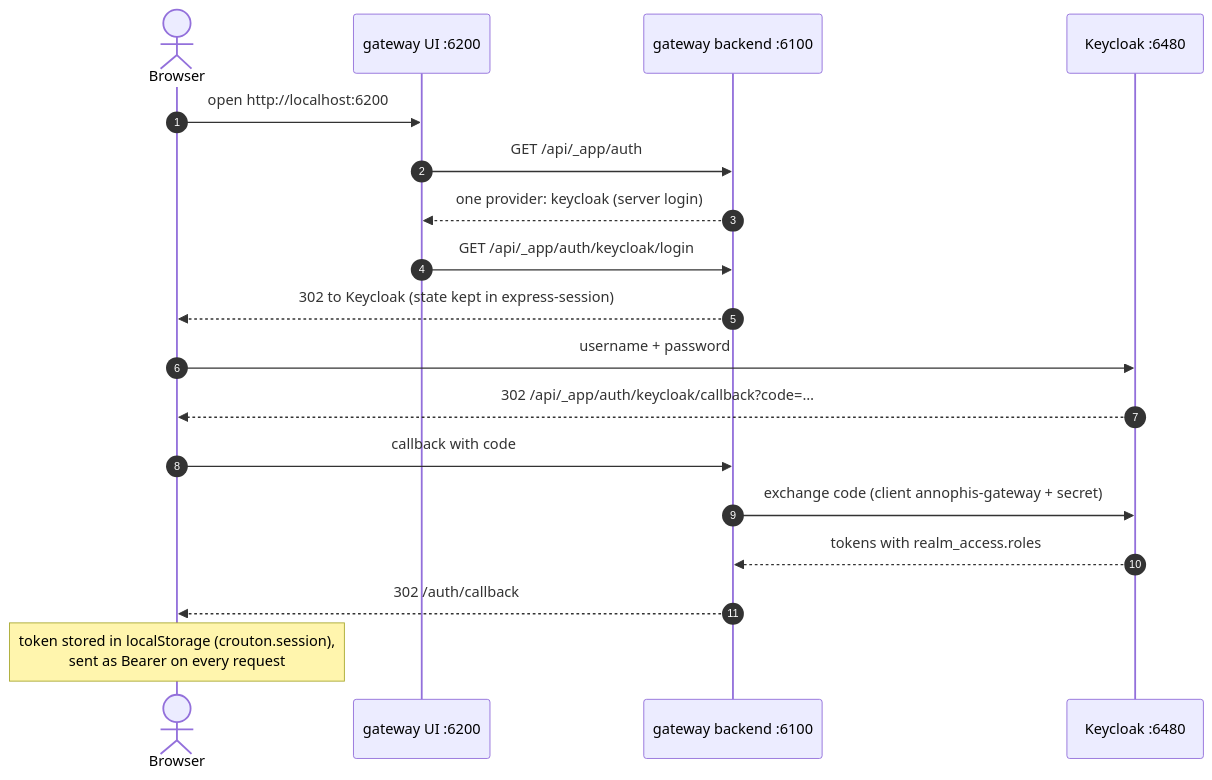
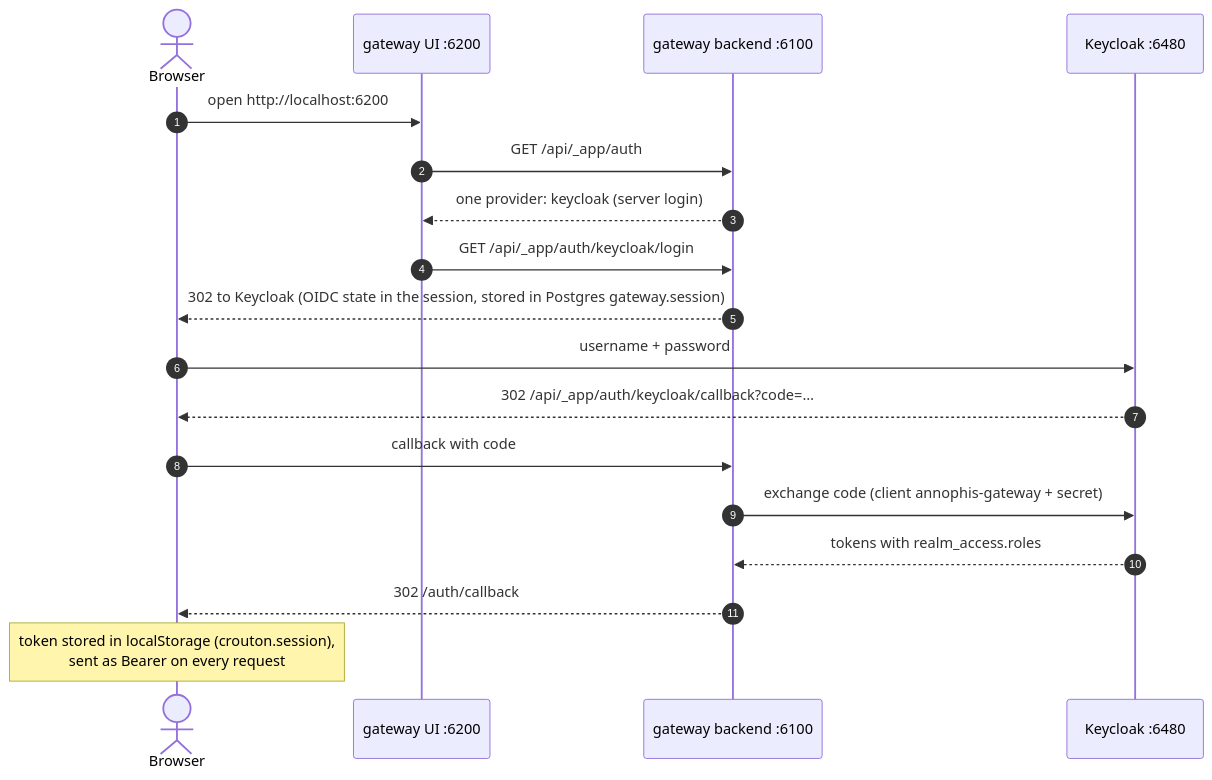
One commit to GhentCDH/annophis changed the second of 4 diagrams in docs/admin-gateway.md. Above: the diagram before and after it, drawn with Mermaid. The commit also changed 17 other files, not shown here.

First line of the commit message:
feat(dev): lighter dev containers, shared Postgres session store (#18)

````diff
--- a/docs/admin-gateway.md
+++ b/docs/admin-gateway.md
@@ -34,21 +34,21 @@
 ```mermaid
 sequenceDiagram
   autonumber
   actor U as Browser
   participant UI as gateway UI :6200
   participant GW as gateway backend :6100
   participant KC as Keycloak :6480
 
   U->>UI: open http://localhost:6200
   UI->>GW: GET /api/_app/auth
   GW-->>UI: one provider: keycloak (server login)
   UI->>GW: GET /api/_app/auth/keycloak/login
-  GW-->>U: 302 to Keycloak (state kept in express-session)
+  GW-->>U: 302 to Keycloak (OIDC state in the session, stored in Postgres gateway.session)
   U->>KC: username + password
   KC-->>U: 302 /api/_app/auth/keycloak/callback?code=…
   U->>GW: callback with code
   GW->>KC: exchange code (client annophis-gateway + secret)
   KC-->>GW: tokens with realm_access.roles
   GW-->>U: 302 /auth/callback#token=#lt;crouton session JWT#gt;
   Note over U: token stored in localStorage (crouton.session),<br/>sent as Bearer on every request
 ```
````
